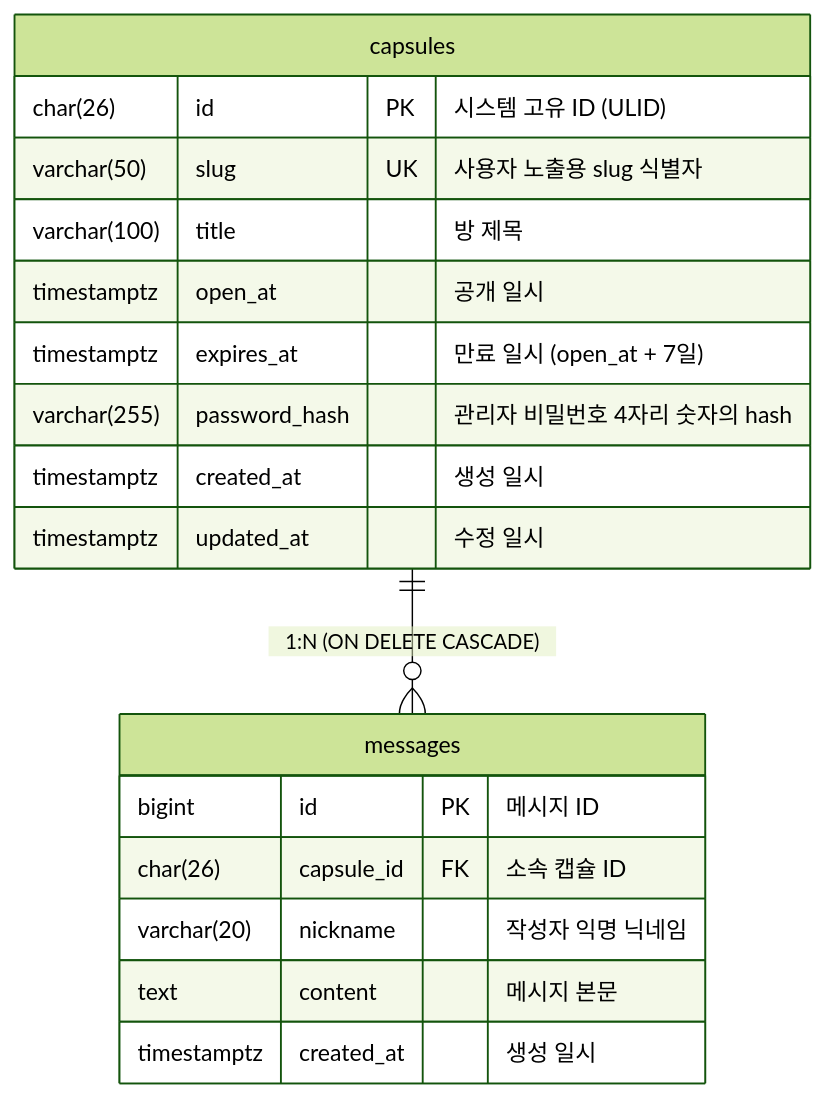
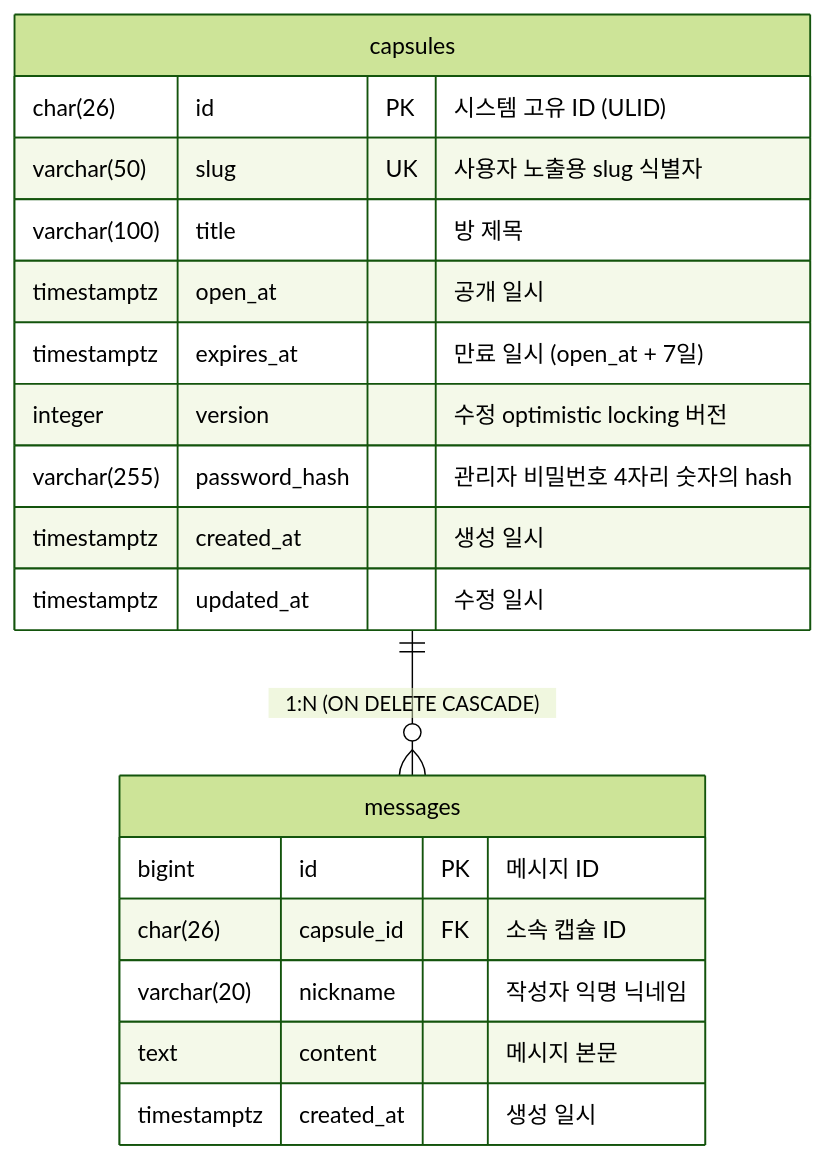
The diagram in docs/ERD.md (prgrms-fullcycle-devcourse/webfull_9_10_Sabujak_BE), drawn with Mermaid (forest theme) before and after one commit. The commit also changed other lines of this file and 14 other files, not shown here.

````diff
--- a/docs/ERD.md
+++ b/docs/ERD.md
@@ -14,23 +14,24 @@
 ```mermaid
 erDiagram
     capsules {
         char(26) id PK "시스템 고유 ID (ULID)"
         varchar(50) slug UK "사용자 노출용 slug 식별자"
         varchar(100) title "방 제목"
         timestamptz open_at "공개 일시"
         timestamptz expires_at "만료 일시 (open_at + 7일)"
+        integer version "수정 optimistic locking 버전"
         varchar(255) password_hash "관리자 비밀번호 4자리 숫자의 hash"
         timestamptz created_at "생성 일시"
         timestamptz updated_at "수정 일시"
     }
 
     messages {
         bigint id PK "메시지 ID"
         char(26) capsule_id FK "소속 캡슐 ID"
         varchar(20) nickname "작성자 익명 닉네임"
         text content "메시지 본문"
         timestamptz created_at "생성 일시"
     }
 
     capsules ||--o{ messages : "1:N (ON DELETE CASCADE)"
 ```
````
